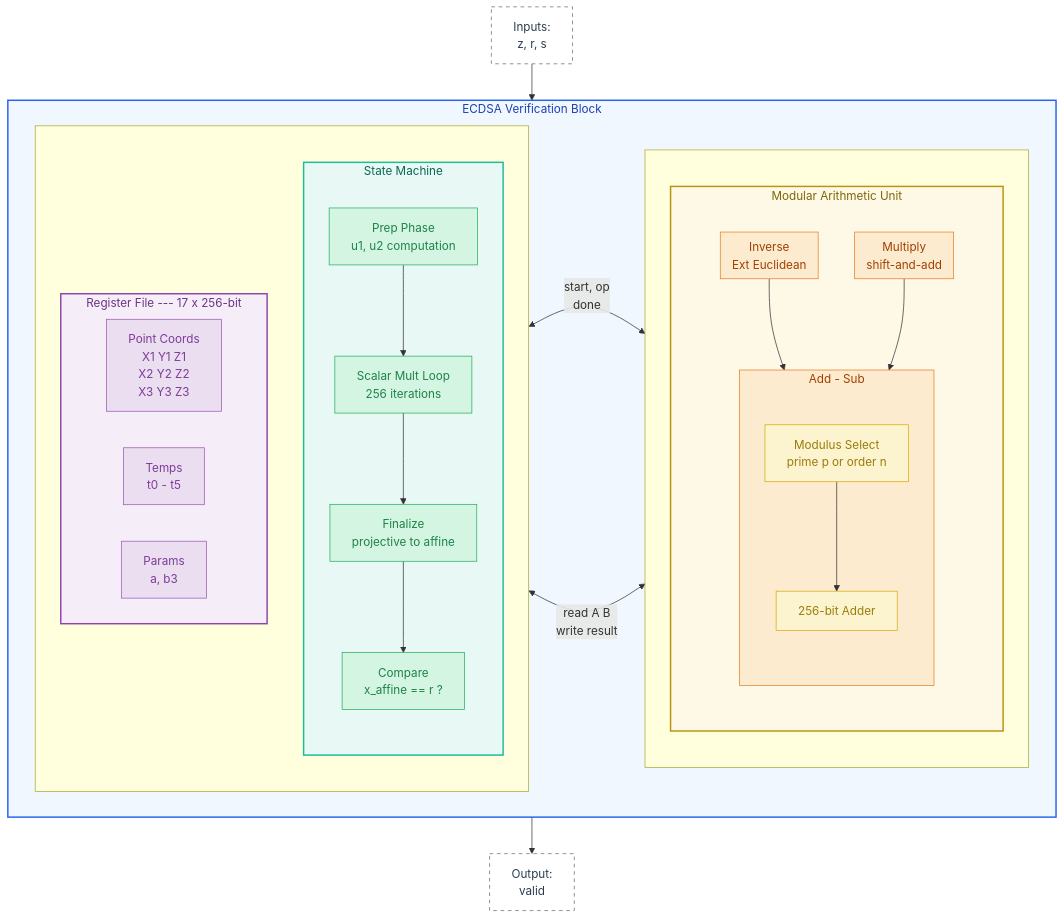
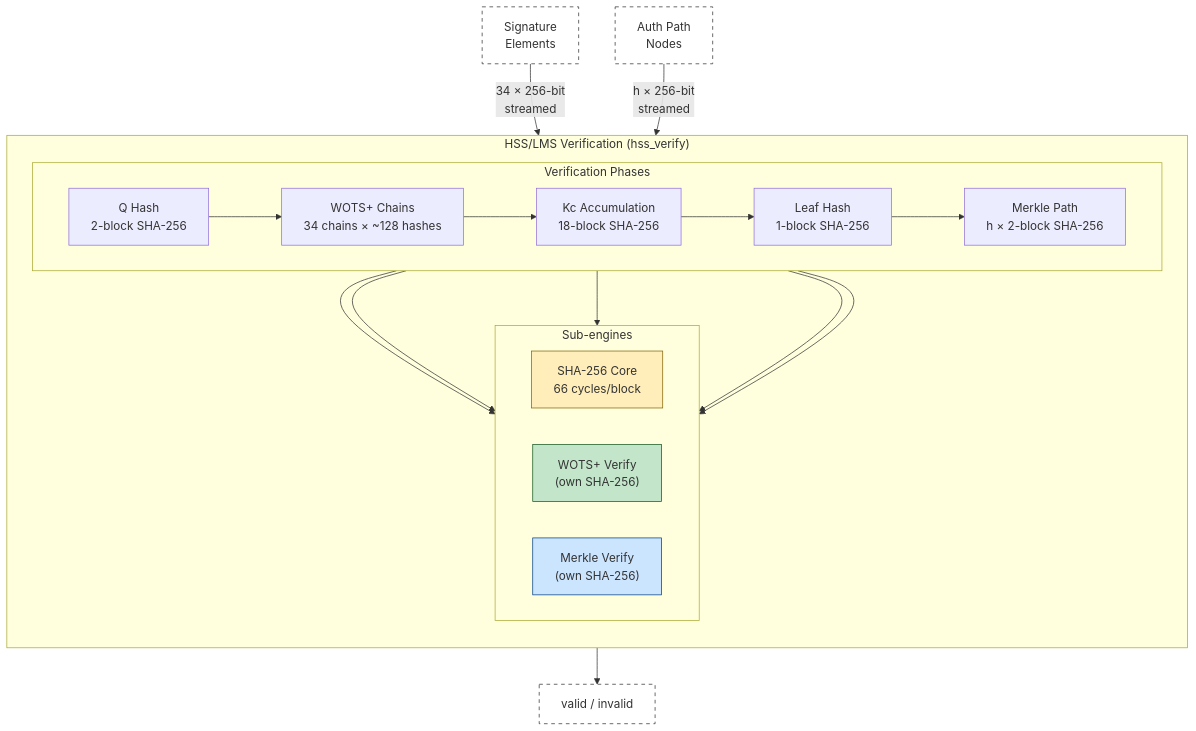
One commit to JamesPetrie/off-switch changed the third of 3 diagrams in README.md. Above: the diagram before and after it, drawn with Mermaid. The commit also changed other lines of this file, not shown here.

First line of the commit message:
Update README for HSS/LMS replacement of ECDSA

````diff
--- a/README.md
+++ b/README.md
@@ -308,81 +328,42 @@
 ```mermaid
 flowchart TB
-    subgraph ECDSA["ECDSA Verification Block"]
-        direction LR
+    subgraph HSS["HSS/LMS Verification (hss_verify)"]
+        direction TB
 
-        subgraph left[" "]
-            direction TB
+        subgraph phases["Verification Phases"]
+            direction LR
+            P1["Q Hash<br/>2-block SHA-256"]
+            P2["WOTS+ Chains<br/>34 chains × ~128 hashes"]
+            P3["Kc Accumulation<br/>18-block SHA-256"]
+            P4["Leaf Hash<br/>1-block SHA-256"]
+            P5["Merkle Path<br/>h × 2-block SHA-256"]
 
-            subgraph SM["State Machine"]
-                direction TB
-                SM_PREP["Prep Phase<br/>u1, u2 computation"]
-                SM_LOOP["Scalar Mult Loop<br/>256 iterations"]
-                SM_FIN["Finalize<br/>projective to affine"]
-                SM_CMP["Compare<br/>x_affine == r ?"]
-
-                SM_PREP --> SM_LOOP
-                SM_LOOP --> SM_FIN
-                SM_FIN --> SM_CMP
-            end
-
-            subgraph REGS["Register File --- 17 x 256-bit"]
-                direction LR
-                R_PT["Point Coords<br/>X1 Y1 Z1<br/>X2 Y2 Z2<br/>X3 Y3 Z3"]
-                R_TMP["Temps<br/>t0 - t5"]
-                R_PRM["Params<br/>a, b3"]
-            end
+            P1 --> P2
+            P2 --> P3
+            P3 --> P4
+            P4 --> P5
         end
 
-        subgraph right[" "]
-            direction TB
-
-            subgraph ARITH["Modular Arithmetic Unit"]
-                direction TB
-
-                subgraph INV["Inverse<br/>Ext Euclidean"]
-                    direction TB
-                end
-
-                subgraph MUL["Multiply<br/>shift-and-add"]
-                    direction TB
-                end
-
-                subgraph ADDSUB["Add - Sub"]
-                    direction TB
-                    MOD["Modulus Select<br/>prime p or order n"]
-                    ADD256["256-bit Adder"]
-                    MOD --> ADD256
-                end
-
-                INV --> ADDSUB
-                MUL --> ADDSUB
-            end
+        subgraph engines["Sub-engines"]
+            direction LR
+            SHA["SHA-256 Core<br/>66 cycles/block"]:::sha
+            WOTS["WOTS+ Verify<br/>(own SHA-256)"]:::wots
+            MERKLE["Merkle Verify<br/>(own SHA-256)"]:::merkle
         end
 
-        SM <-->|"start, op<br/>done"| ARITH
-        REGS <-->|"read A B<br/>write result"| ARITH
+        P1 --> SHA
+        P3 --> SHA
+        P4 --> SHA
+        P2 --> WOTS
+        P5 --> MERKLE
     end
 
-    EXT_IN["Inputs:<br/>z, r, s"] --> ECDSA
-    ECDSA --> EXT_OUT["Output:<br/>valid"]
+    SIG["Signature<br/>Elements"]:::external -->|"34 × 256-bit<br/>streamed"| HSS
+    AUTH["Auth Path<br/>Nodes"]:::external -->|"h × 256-bit<br/>streamed"| HSS
+    HSS --> RESULT["valid / invalid"]:::external
 
-    classDef outer fill:#f0f7ff,stroke:#2563eb,stroke-width:2px,color:#1e40af
-    classDef arithbox fill:#fef9e7,stroke:#b7950b,stroke-width:2px,color:#7d6608
-    classDef smbox fill:#e8f8f5,stroke:#1abc9c,stroke-width:2px,color:#0e6655
-    classDef smnode fill:#d5f5e3,stroke:#27ae60,stroke-width:1px,color:#1d8348
-    classDef regsbox fill:#f5eef8,stroke:#8e44ad,stroke-width:2px,color:#6c3483
-    classDef regsnode fill:#ebdef0,stroke:#9b59b6,stroke-width:1px,color:#7d3c98
-    classDef subunit fill:#fdebd0,stroke:#e67e22,stroke-width:1px,color:#a04000
-    classDef sharedbox fill:#fcf3cf,stroke:#d4ac0d,stroke-width:1px,color:#9a7d0a
-    classDef external fill:#ffffff,stroke:#5d6d7e,stroke-width:1px,stroke-dasharray: 5 5,color:#2c3e50
-
-    class ECDSA outer
-    class ARITH arithbox
-    class SM smbox
-    class SM_PREP,SM_LOOP,SM_FIN,SM_CMP smnode
-    class REGS regsbox
-    class R_PT,R_TMP,R_PRM regsnode
-    class INV,MUL,ADDSUB subunit
-    class shared,MOD,ADD256 sharedbox
-    class EXT_IN,EXT_OUT external
+    classDef sha fill:#ffeeba,stroke:#856404
+    classDef wots fill:#c3e6cb,stroke:#155724
+    classDef merkle fill:#cce5ff,stroke:#004085
+    classDef external fill:#fff,stroke:#333,stroke-dasharray: 5 5
 ```
````
